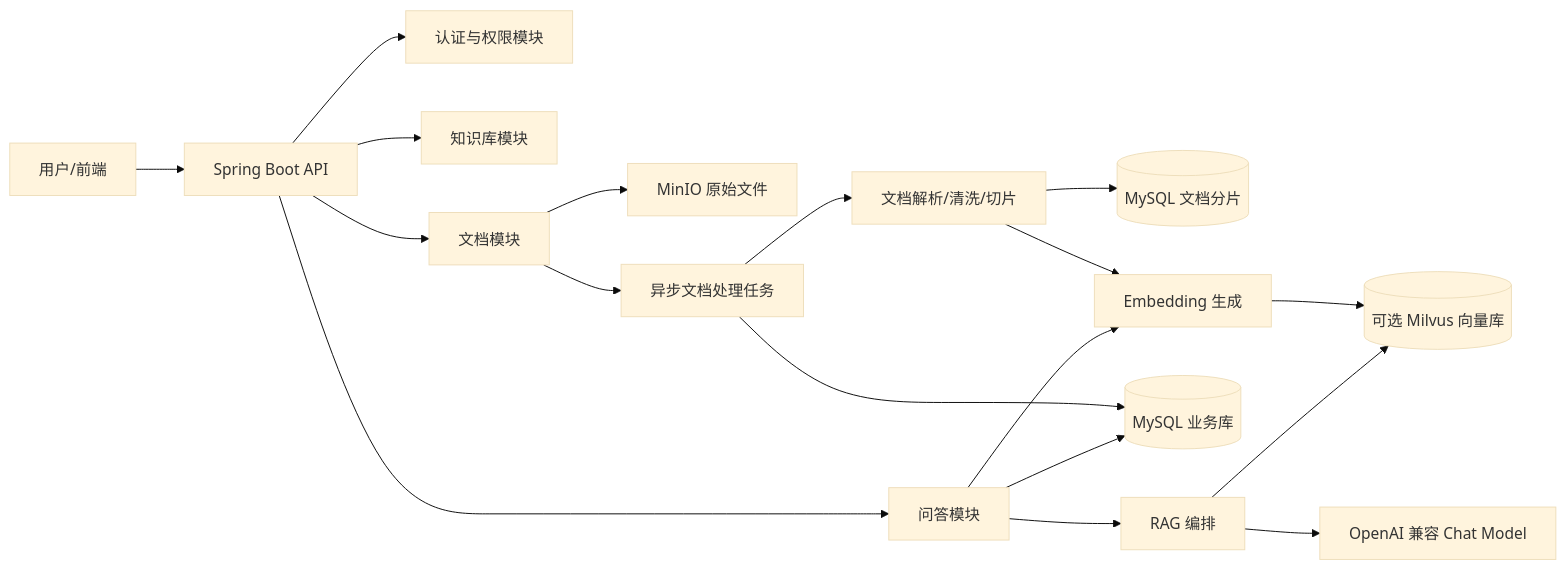
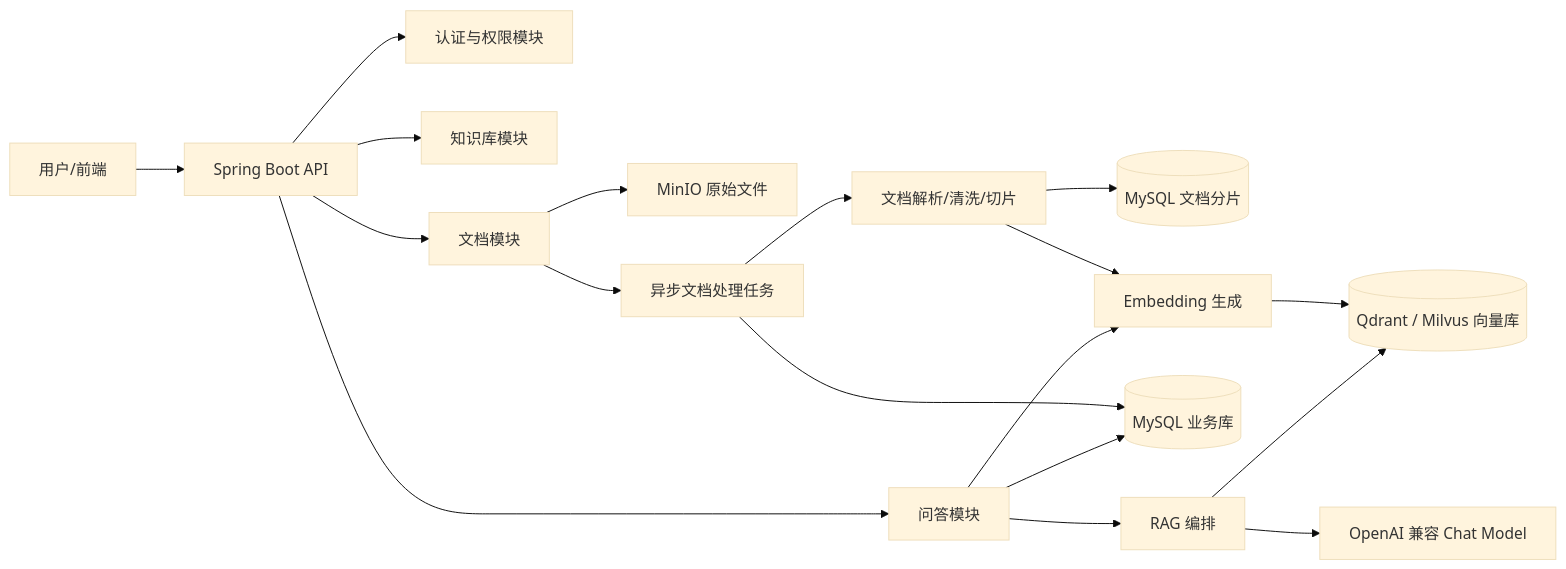
The first of 3 diagrams in docs/AI知识库平台系统设计.md (Mark001008/knowledge-base), drawn with Mermaid (base theme) before and after one commit. The commit also changed other lines of this file and 9 other files, not shown here.

````diff
--- a/docs/AI知识库平台系统设计.md
+++ b/docs/AI知识库平台系统设计.md
@@ -38,22 +38,22 @@
 ```mermaid
 flowchart LR
     U[用户/前端] --> API[Spring Boot API]
     API --> AUTH[认证与权限模块]
     API --> SPACE[知识库模块]
     API --> DOC[文档模块]
     API --> CHAT[问答模块]
 
     DOC --> MINIO[MinIO 原始文件]
     DOC --> TASK[异步文档处理任务]
     TASK --> PARSER[文档解析/清洗/切片]
     PARSER --> CHUNK[(MySQL 文档分片)]
     PARSER --> EMB[Embedding 生成]
-    EMB --> VDB[(可选 Milvus 向量库)]
+    EMB --> VDB[(Qdrant / Milvus 向量库)]
     TASK --> DB[(MySQL 业务库)]
 
     CHAT --> EMB
     CHAT --> RAG[RAG 编排]
     RAG --> VDB
     RAG --> LLM[OpenAI 兼容 Chat Model]
     CHAT --> DB
 ```
````
